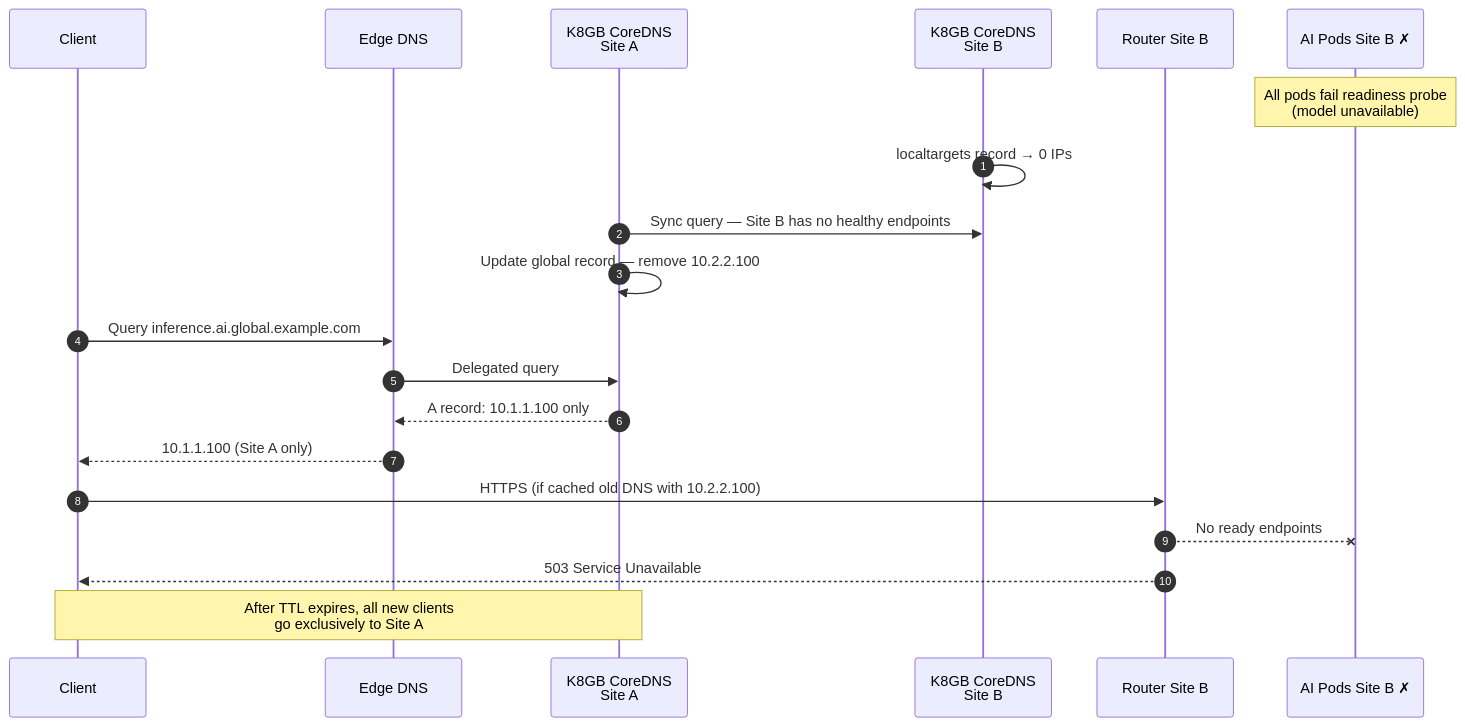
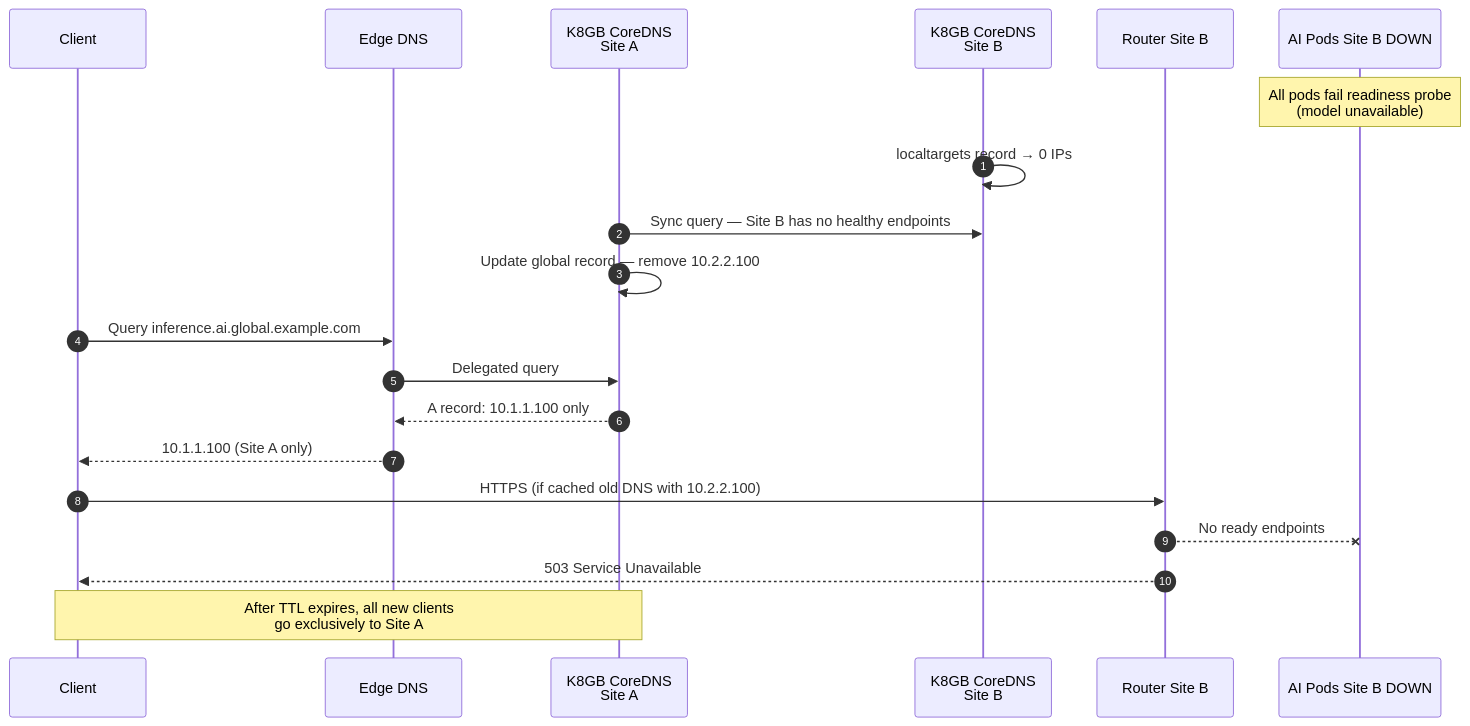
One commit to yajuvendrarawat/GLB-for-multisite-Openshift changed the fifth of 11 diagrams in global-load-balancing-k8gb-openshift.md. Above: the diagram before and after it, drawn with Mermaid. The commit also changed other lines of this file, not shown here.

````diff
--- a/global-load-balancing-k8gb-openshift.md
+++ b/global-load-balancing-k8gb-openshift.md
@@ -214,27 +214,27 @@
 ```mermaid
 sequenceDiagram
   autonumber
   participant C as Client
   participant E as Edge DNS
   participant CA as K8GB CoreDNS<br/>Site A
   participant CB as K8GB CoreDNS<br/>Site B
   participant RB as Router Site B
-  participant AI_B as AI Pods Site B ✗
+  participant AI_B as AI Pods Site B DOWN
 
   Note over AI_B: All pods fail readiness probe<br/>(model unavailable)
 
   CB->>CB: localtargets record → 0 IPs
   CA->>CB: Sync query — Site B has no healthy endpoints
   CA->>CA: Update global record — remove 10.2.2.100
 
   C->>E: Query inference.ai.global.example.com
   E->>CA: Delegated query
   CA-->>E: A record: 10.1.1.100 only
   E-->>C: 10.1.1.100 (Site A only)
 
   C->>RB: HTTPS (if cached old DNS with 10.2.2.100)
   RB--x AI_B: No ready endpoints
   RB-->>C: 503 Service Unavailable
 
   Note over C,CA: After TTL expires, all new clients<br/>go exclusively to Site A
 ```
````
